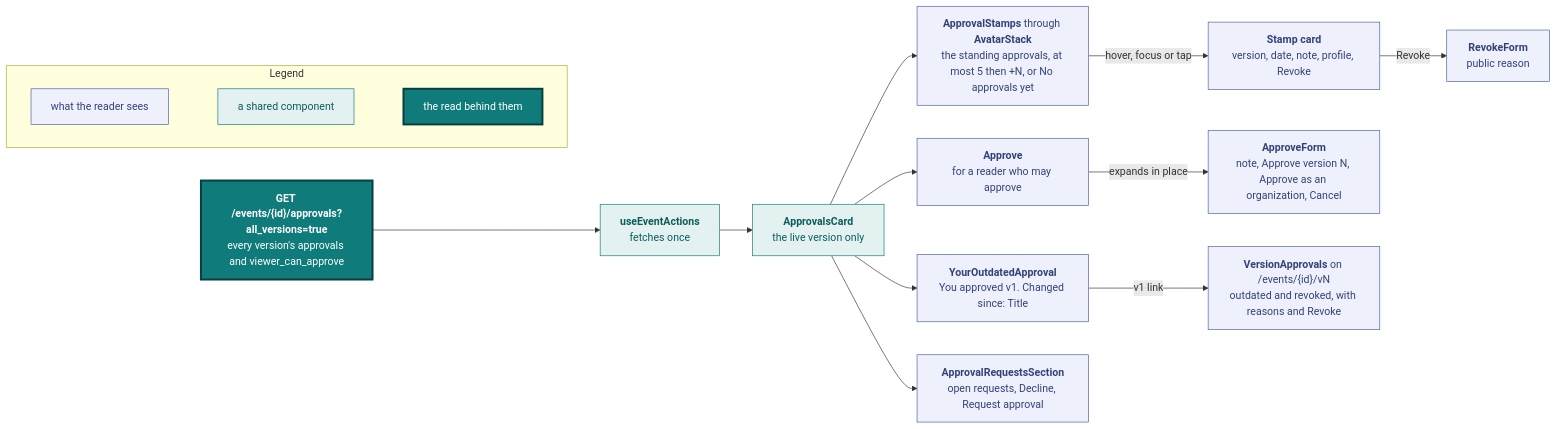
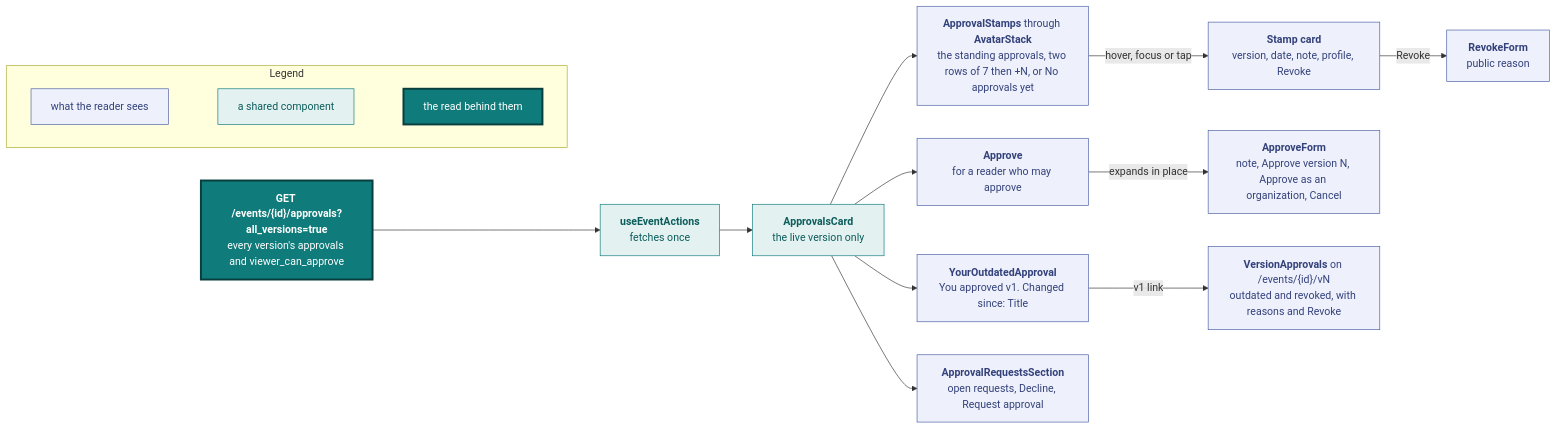
The sixth of 11 diagrams in docs/design.md (vidithq/vidit), drawn with Mermaid before and after one commit. The commit also changed other lines of this file and 5 other files, not shown here.

First line of the commit message:
feat(event): fill two rows of approval stamps before the bubble

````diff
--- a/docs/design.md
+++ b/docs/design.md
@@ -592,47 +592,47 @@
 ```mermaid
 flowchart LR
   classDef spec fill:#eef1fb,stroke:#4a5fa5,color:#33417a
   classDef shared fill:#e3f2f1,stroke:#0f7b7a,color:#0b5c5b
   classDef core fill:#0f7b7a,stroke:#083f3e,stroke-width:3px,color:#ffffff
 
   subgraph legend [Legend]
     direction LR
     l1["`what the reader sees`"]:::spec
     l2["`a shared component`"]:::shared
     l3["`the read behind them`"]:::core
     l1 ~~~ l2 ~~~ l3
   end
 
   read["`**GET /events/{id}/approvals?all_versions=true**
   every version's approvals and viewer_can_approve`"]:::core
   hook["`**useEventActions**
   fetches once`"]:::shared
   card["`**ApprovalsCard**
   the live version only`"]:::shared
   stamps["`**ApprovalStamps** through **AvatarStack**
-  the standing approvals, at most 5 then +N, or No approvals yet`"]:::spec
+  the standing approvals, two rows of 7 then +N, or No approvals yet`"]:::spec
   stampcard["`**Stamp card**
   version, date, note, profile, Revoke`"]:::spec
   revoke["`**RevokeForm**
   public reason`"]:::spec
   own["`**YourOutdatedApproval**
   You approved v1. Changed since: Title`"]:::spec
   approve["`**Approve**
   for a reader who may approve`"]:::spec
   form["`**ApproveForm**
   note, Approve version N, Approve as an organization, Cancel`"]:::spec
   requests["`**ApprovalRequestsSection**
   open requests, Decline, Request approval`"]:::spec
   vn["`**VersionApprovals** on /events/{id}/vN
   outdated and revoked, with reasons and Revoke`"]:::spec
 
   read --> hook --> card
   card --> stamps
   card --> own
   card --> approve
   card --> requests
   stamps -->|"hover, focus or tap"| stampcard
   stampcard -->|"Revoke"| revoke
   approve -->|"expands in place"| form
   own -->|"v1 link"| vn
 ```
````
